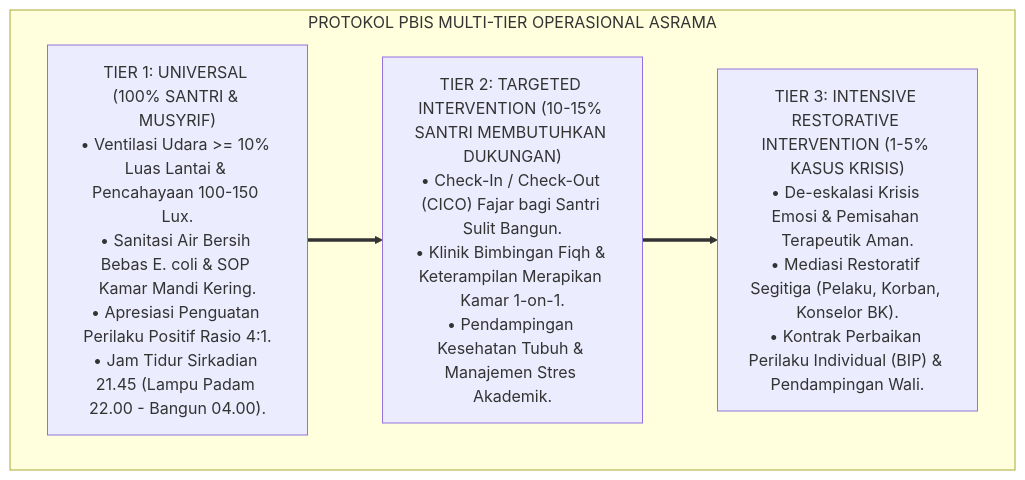
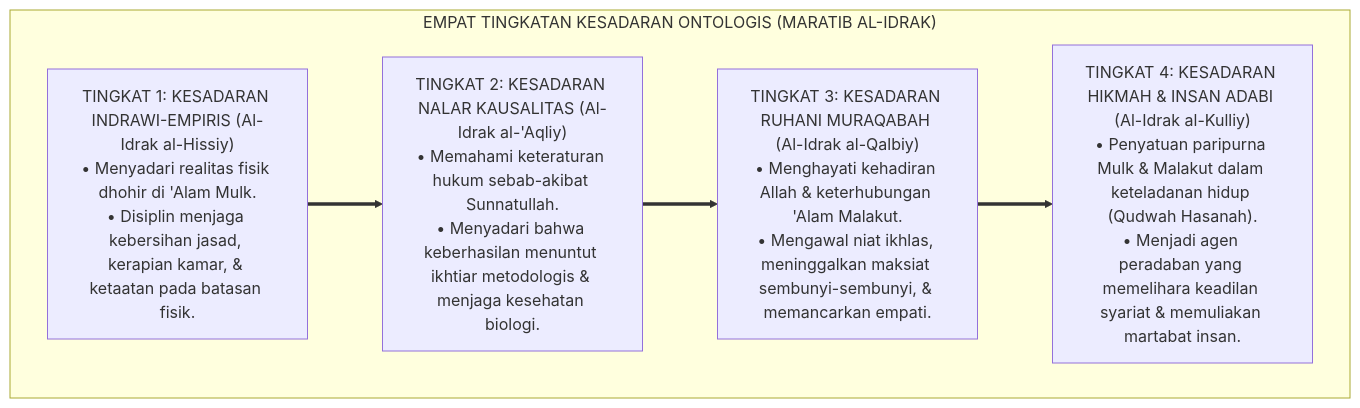
Before and after one commit to wandiapriliyandi/tumbuh: the sixth of 7 diagrams in 01 Philosophy/01 Worldview/01 Hakikat Realitas/P1-01-01-01-Definisi-Realitas.md, drawn with Mermaid. The commit also changed other lines of this file and 8 other files, not shown here.

Commit message:
refactor(methodology): penegasan penahapan epistemologis (Domain-Specific Staging) & eliminasi prematur J1-J4 di Domain 01 Philosophy diganti Maratib al-Idrak

````diff
--- a/01 Philosophy/01 Worldview/01 Hakikat Realitas/P1-01-01-01-Definisi-Realitas.md
+++ b/01 Philosophy/01 Worldview/01 Hakikat Realitas/P1-01-01-01-Definisi-Realitas.md
@@ -232,13 +192,15 @@
 ```mermaid
 flowchart TD
-    subgraph SistemMultiTierPBISTUMBUH["PROTOKOL PBIS MULTI-TIER OPERASIONAL ASRAMA"]
+    subgraph TingkatanKesadaranOntologis["EMPAT TINGKATAN KESADARAN ONTOLOGIS (MARATIB AL-IDRAK)"]
         
-        Tier1["TIER 1: UNIVERSAL (100% SANTRI & MUSYRIF)<br/>• Ventilasi Udara >= 10% Luas Lantai & Pencahayaan 100-150 Lux.<br/>• Sanitasi Air Bersih Bebas E. coli & SOP Kamar Mandi Kering.<br/>• Apresiasi Penguatan Perilaku Positif Rasio 4:1.<br/>• Jam Tidur Sirkadian 21.45 (Lampu Padam 22.00 - Bangun 04.00)."]
+        T1["TINGKAT 1: KESADARAN INDRAWI-EMPIRIS (Al-Idrak al-Hissiy)<br/>• Menyadari realitas fisik dhohir di 'Alam Mulk.<br/>• Disiplin menjaga kebersihan jasad, kerapian kamar, & ketaatan pada batasan fisik."]
         
-        Tier2["TIER 2: TARGETED INTERVENTION (10-15% SANTRI MEMBUTUHKAN DUKUNGAN)<br/>• Check-In / Check-Out (CICO) Fajar bagi Santri Sulit Bangun.<br/>• Klinik Bimbingan Fiqh & Keterampilan Merapikan Kamar 1-on-1.<br/>• Pendampingan Kesehatan Tubuh & Manajemen Stres Akademik."]
+        T2["TINGKAT 2: KESADARAN NALAR KAUSALITAS (Al-Idrak al-'Aqliy)<br/>• Memahami keteraturan hukum sebab-akibat Sunnatullah.<br/>• Menyadari bahwa keberhasilan menuntut ikhtiar metodologis & menjaga kesehatan biologi."]
         
-        Tier3["TIER 3: INTENSIVE RESTORATIVE INTERVENTION (1-5% KASUS KRISIS)<br/>• De-eskalasi Krisis Emosi & Pemisahan Terapeutik Aman.<br/>• Mediasi Restoratif Segitiga (Pelaku, Korban, Konselor BK).<br/>• Kontrak Perbaikan Perilaku Individual (BIP) & Pendampingan Wali."]
+        T3["TINGKAT 3: KESADARAN RUHANI MURAQABAH (Al-Idrak al-Qalbiy)<br/>• Menghayati kehadiran Allah & keterhubungan 'Alam Malakut.<br/>• Mengawal niat ikhlas, meninggalkan maksiat sembunyi-sembunyi, & memancarkan empati."]
         
-        Tier1 ==> Tier2 ==> Tier3
+        T4["TINGKAT 4: KESADARAN HIKMAH & INSAN ADABI (Al-Idrak al-Kulliy)<br/>• Penyatuan paripurna Mulk & Malakut dalam keteladanan hidup (Qudwah Hasanah).<br/>• Menjadi agen peradaban yang memelihara keadilan syariat & memuliakan martabat insan."]
+        
+        T1 ==> T2 ==> T3 ==> T4
     end
 ```
````
